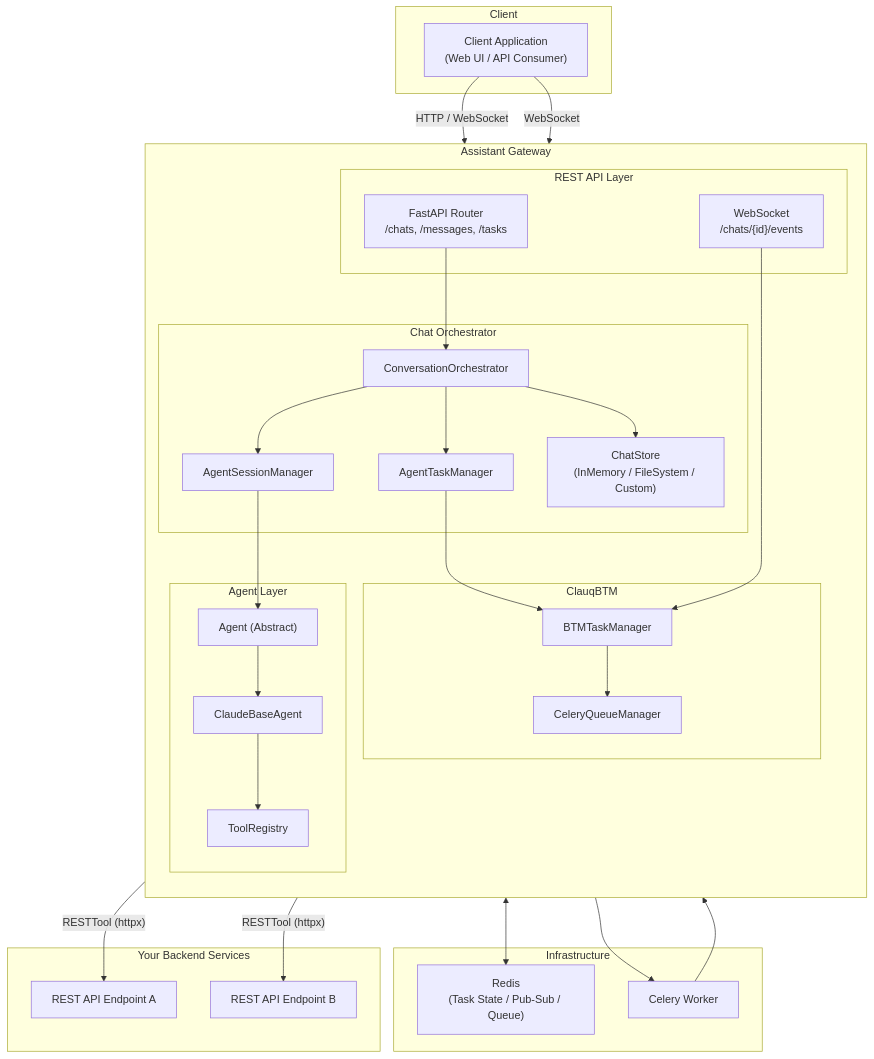
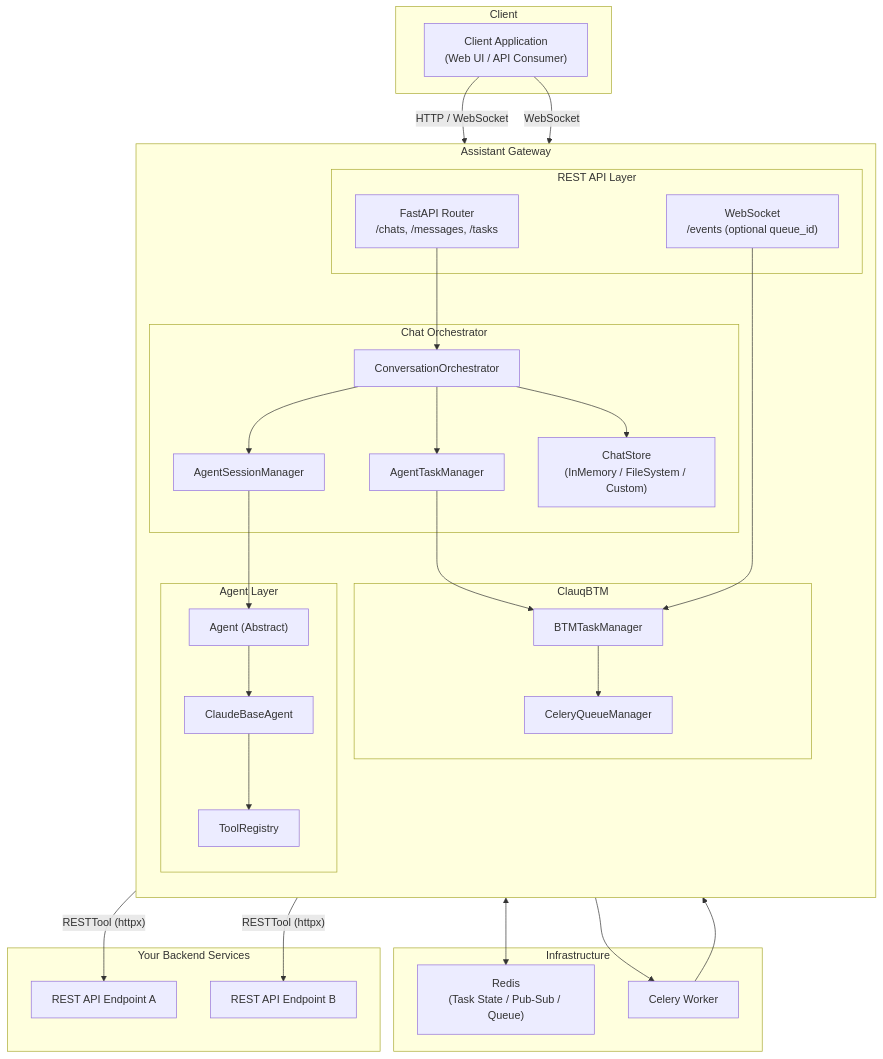
The first of 2 diagrams in README.md (MihirK1212/assistant-gateway), drawn with Mermaid before and after one commit. The commit also changed other lines of this file and 15 other files, not shown here.

````diff
--- a/README.md
+++ b/README.md
@@ -36,61 +36,61 @@
 ```mermaid
 flowchart TB
     subgraph Client
         UI["Client Application<br/>(Web UI / API Consumer)"]
     end
 
     subgraph AssistantGateway["Assistant Gateway"]
         direction TB
 
         subgraph RestAPI["REST API Layer"]
             Router["FastAPI Router<br/>/chats, /messages, /tasks"]
-            WS["WebSocket<br/>/chats/{id}/events"]
+            WS["WebSocket<br/>/events (optional queue_id)"]
         end
 
         subgraph Orchestration["Chat Orchestrator"]
             Orch["ConversationOrchestrator"]
             ASM["AgentSessionManager"]
             TM["AgentTaskManager"]
             Store["ChatStore<br/>(InMemory / FileSystem / Custom)"]
         end
 
         subgraph AgentLayer["Agent Layer"]
             Agent["Agent (Abstract)"]
             Claude["ClaudeBaseAgent"]
             ToolReg["ToolRegistry"]
         end
 
         subgraph TaskSystem["ClauqBTM"]
             BTM["BTMTaskManager"]
             QM["CeleryQueueManager"]
         end
     end
 
     subgraph Infrastructure
         Redis["Redis<br/>(Task State / Pub-Sub / Queue)"]
         Celery["Celery Worker"]
     end
 
     subgraph Backend["Your Backend Services"]
         API1["REST API Endpoint A"]
         API2["REST API Endpoint B"]
     end
 
     UI -- "HTTP / WebSocket" --> Router
     UI -- "WebSocket" --> WS
     Router --> Orch
     Orch --> ASM
     Orch --> TM
     Orch --> Store
     ASM --> Agent
     Agent --> Claude
     Claude --> ToolReg
     ToolReg -- "RESTTool (httpx)" --> API1
     ToolReg -- "RESTTool (httpx)" --> API2
     TM --> BTM
     BTM --> QM
     QM <--> Redis
     QM --> Celery
     Celery --> Orch
     WS --> BTM
 ```
````
